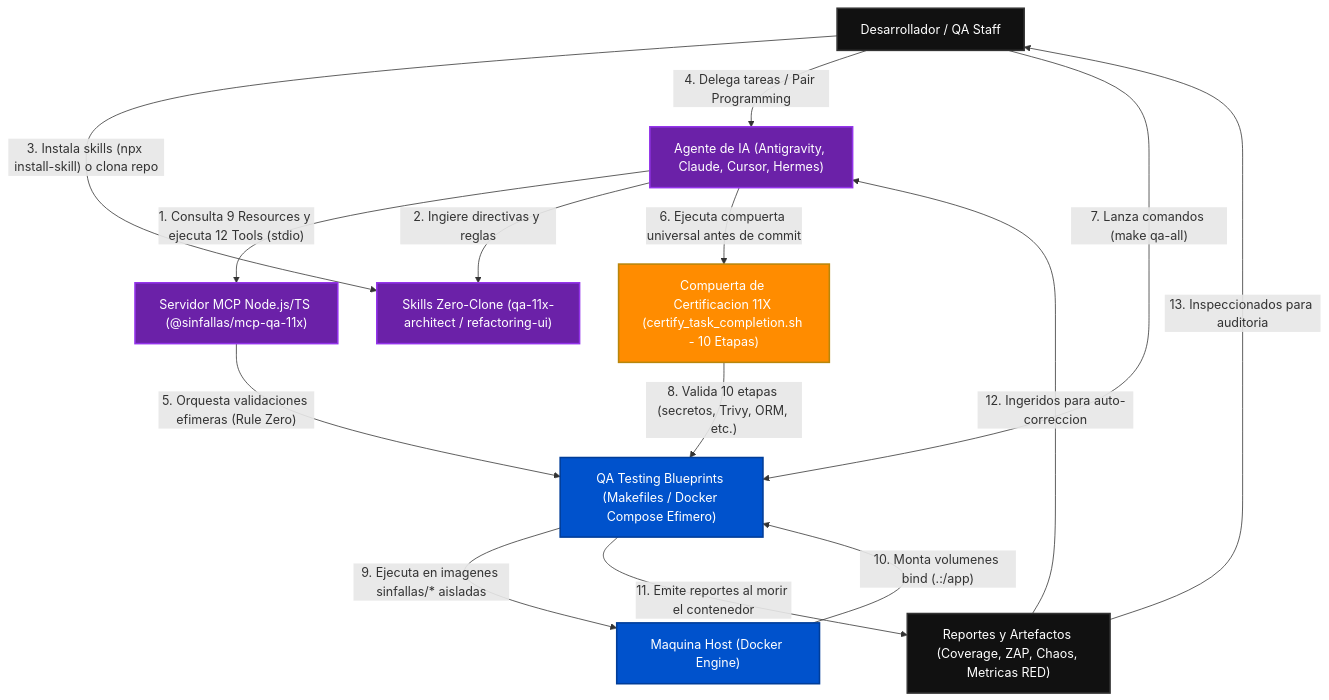
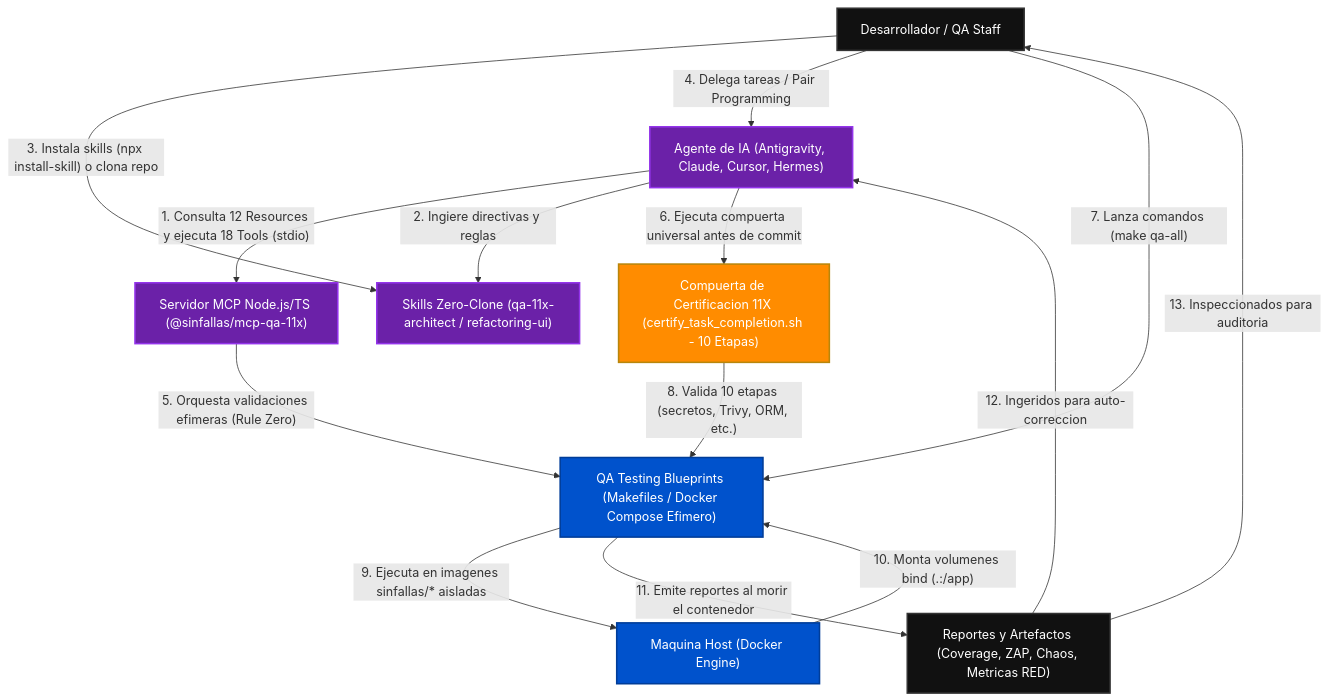
The first of 3 diagrams in docs/ARCHITECTURE_C4.md (tecno-consultores/qa-testing-blueprints), drawn with Mermaid before and after one commit. The commit also changed 37 other files, not shown here.

Commit message:
feat(mcp): consolidar @sinfallas/mcp-qa-11x v2.0.0 con 18 tools, 12 recursos y arnes clean-room

````diff
--- a/docs/ARCHITECTURE_C4.md
+++ b/docs/ARCHITECTURE_C4.md
@@ -10,33 +10,33 @@
 ```mermaid
 flowchart TD
     Human["Desarrollador / QA Staff"]
     Agent["Agente de IA (Antigravity, Claude, Cursor, Hermes)"]
     MCP["Servidor MCP Node.js/TS (@sinfallas/mcp-qa-11x)"]
     Skill["Skills Zero-Clone (qa-11x-architect / refactoring-ui)"]
     Gate["Compuerta de Certificacion 11X (certify_task_completion.sh - 10 Etapas)"]
     QA["QA Testing Blueprints (Makefiles / Docker Compose Efimero)"]
     Host["Maquina Host (Docker Engine)"]
     Reports["Reportes y Artefactos (Coverage, ZAP, Chaos, Metricas RED)"]
 
-    Agent -->|"1. Consulta 9 Resources y ejecuta 12 Tools (stdio)"| MCP
+    Agent -->|"1. Consulta 12 Resources y ejecuta 18 Tools (stdio)"| MCP
     Agent -->|"2. Ingiere directivas y reglas"| Skill
     Human -->|"3. Instala skills (npx install-skill) o clona repo"| Skill
     Human -->|"4. Delega tareas / Pair Programming"| Agent
     MCP -->|"5. Orquesta validaciones efimeras (Rule Zero)"| QA
     Agent -->|"6. Ejecuta compuerta universal antes de commit"| Gate
     Human -->|"7. Lanza comandos (make qa-all)"| QA
     Gate -->|"8. Valida 10 etapas (secretos, Trivy, ORM, etc.)"| QA
     QA -->|"9. Ejecuta en imagenes sinfallas/* aisladas"| Host
     Host -->|"10. Monta volumenes bind (.:/app)"| QA
     QA -->|"11. Emite reportes al morir el contenedor"| Reports
     Reports -->|"12. Ingeridos para auto-correccion"| Agent
     Reports -->|"13. Inspeccionados para auditoria"| Human
 
     classDef default fill:#111,stroke:#333,stroke-width:2px,color:#fff;
     classDef highlight fill:#0052cc,stroke:#003d99,stroke-width:2px,color:#fff;
     classDef barrier fill:#ff8c00,stroke:#b8860b,stroke-width:2px,color:#fff;
     classDef ai fill:#6b21a8,stroke:#9333ea,stroke-width:2px,color:#fff;
     class QA,Host highlight;
     class Gate barrier;
     class Agent,MCP,Skill ai;
 ```
````
